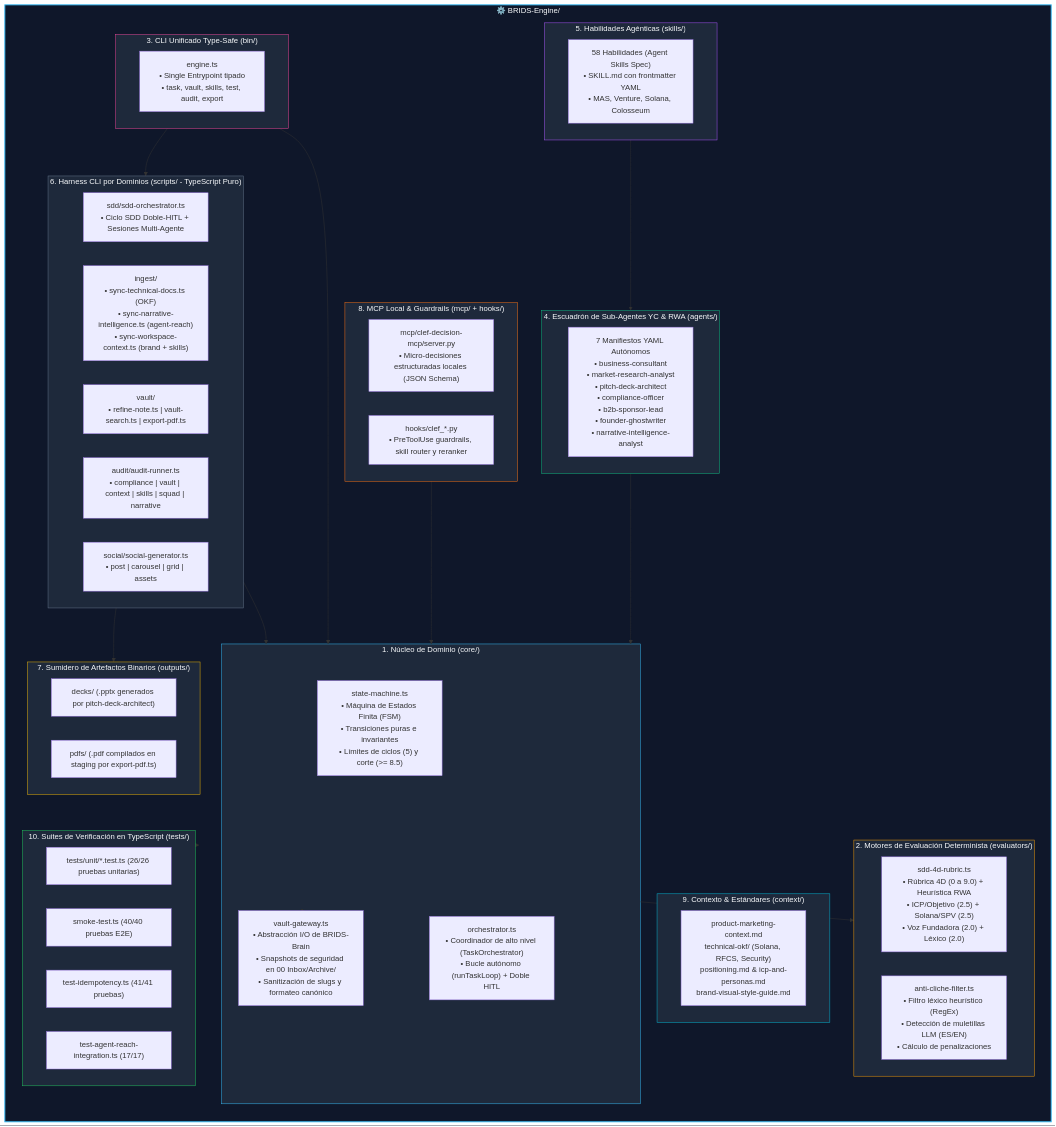
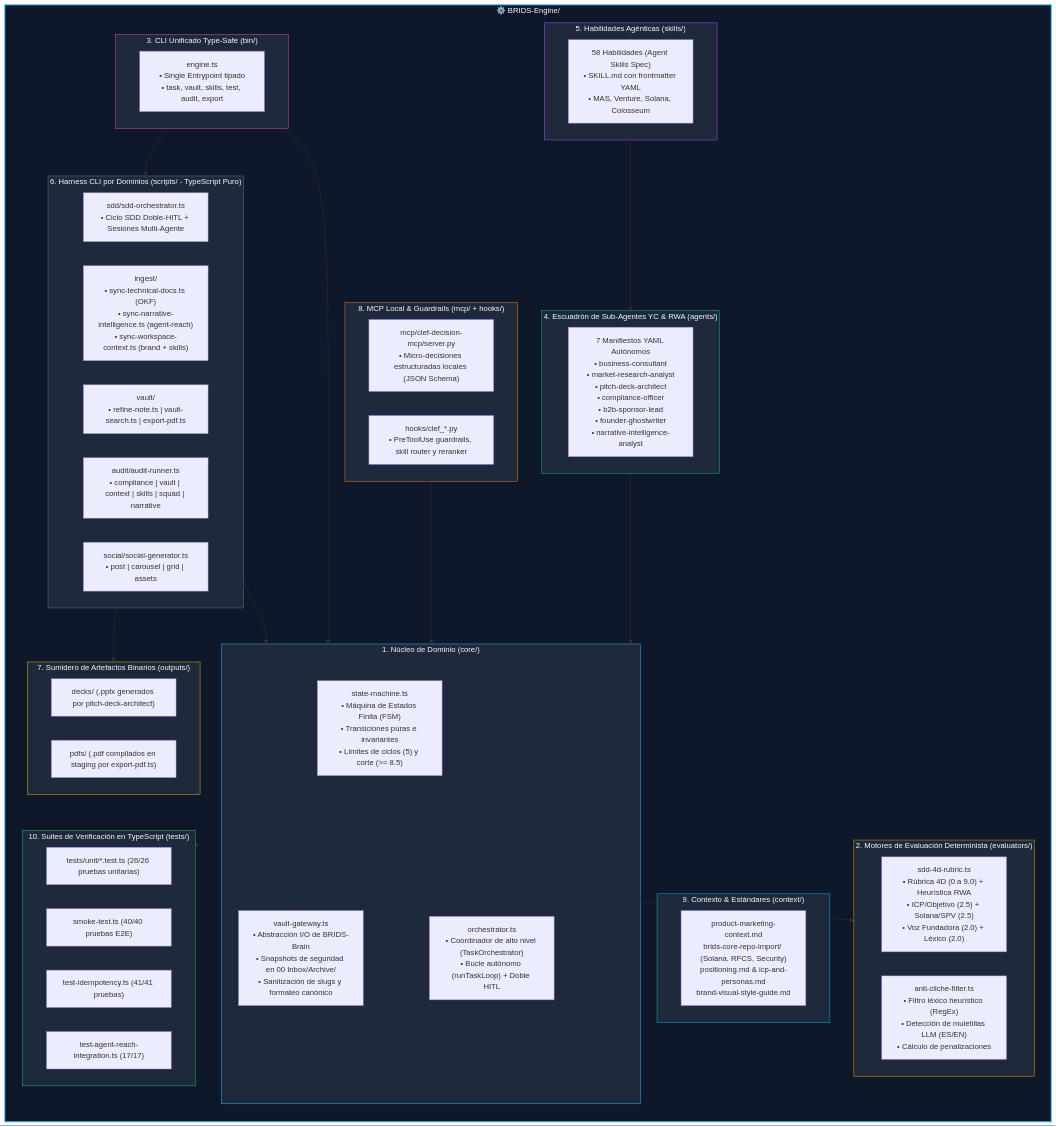
One commit to jeisonsosablockdev/BRIDS-KNOWLEDGE-FORT changed the diagram in BRIDS-Engine/docs/brids_engine_arquitectura.md. Above: the diagram before and after it, drawn with Mermaid. The commit also changed 48 other files, not shown here.

First line of the commit message:
feat(sdd,ingest): integrate idempotent Clef System One 4D evaluator and sync full core repo docs

````diff
--- a/BRIDS-Engine/docs/brids_engine_arquitectura.md
+++ b/BRIDS-Engine/docs/brids_engine_arquitectura.md
@@ -26,81 +26,81 @@
 ```mermaid
 flowchart TB
     subgraph BRIDSEngine["⚙️ BRIDS-Engine/"]
         direction TB
 
         subgraph CoreLayer["1. Núcleo de Dominio (core/)"]
             SM["state-machine.ts<br/>• Máquina de Estados Finita (FSM)<br/>• Transiciones puras e invariantes<br/>• Límites de ciclos (5) y corte (>= 8.5)"]
             ORCH["orchestrator.ts<br/>• Coordinador de alto nivel (TaskOrchestrator)<br/>• Bucle autónomo (runTaskLoop) + Doble HITL"]
             GW["vault-gateway.ts<br/>• Abstracción I/O de BRIDS-Brain<br/>• Snapshots de seguridad en 00 Inbox/Archive/<br/>• Sanitización de slugs y formateo canónico"]
         end
 
         subgraph EvalLayer["2. Motores de Evaluación Determinista (evaluators/)"]
             RUBRIC["sdd-4d-rubric.ts<br/>• Rúbrica 4D (0 a 9.0) + Heurística RWA<br/>• ICP/Objetivo (2.5) + Solana/SPV (2.5)<br/>• Voz Fundadora (2.0) + Léxico (2.0)"]
             CLICHE["anti-cliche-filter.ts<br/>• Filtro léxico heurístico (RegEx)<br/>• Detección de muletillas LLM (ES/EN)<br/>• Cálculo de penalizaciones"]
         end
 
         subgraph BinLayer["3. CLI Unificado Type-Safe (bin/)"]
             CLI_BIN["engine.ts<br/>• Single Entrypoint tipado<br/>• task, vault, skills, test, audit, export"]
         end
 
         subgraph AgentsLayer["4. Escuadrón de Sub-Agentes YC & RWA (agents/)"]
             AG_YAML["7 Manifiestos YAML Autónomos<br/>• business-consultant<br/>• market-research-analyst<br/>• pitch-deck-architect<br/>• compliance-officer<br/>• b2b-sponsor-lead<br/>• founder-ghostwriter<br/>• narrative-intelligence-analyst"]
         end
 
         subgraph SkillsLayer["5. Habilidades Agénticas (skills/)"]
             SKILLS["58 Habilidades (Agent Skills Spec)<br/>• SKILL.md con frontmatter YAML<br/>• MAS, Venture, Solana, Colosseum"]
         end
 
         subgraph ScriptLayer["6. Harness CLI por Dominios (scripts/ - TypeScript Puro)"]
             CLI_SDD["sdd/sdd-orchestrator.ts<br/>• Ciclo SDD Doble-HITL + Sesiones Multi-Agente"]
             CLI_INGEST["ingest/<br/>• sync-technical-docs.ts (OKF)<br/>• sync-narrative-intelligence.ts (agent-reach)<br/>• sync-workspace-context.ts (brand + skills)"]
             CLI_VAULT["vault/<br/>• refine-note.ts | vault-search.ts | export-pdf.ts"]
             CLI_AUDIT["audit/audit-runner.ts<br/>• compliance | vault | context | skills | squad | narrative"]
             CLI_SOCIAL["social/social-generator.ts<br/>• post | carousel | grid | assets"]
         end
 
         subgraph OutputsLayer["7. Sumidero de Artefactos Binarios (outputs/)"]
             OUT_DECKS["decks/ (.pptx generados por pitch-deck-architect)"]
             OUT_PDFS["pdfs/ (.pdf compilados en staging por export-pdf.ts)"]
         end
 
         subgraph McpHooksLayer["8. MCP Local & Guardrails (mcp/ + hooks/)"]
             CLEF_MCP["mcp/clef-decision-mcp/server.py<br/>• Micro-decisiones estructuradas locales (JSON Schema)"]
             CLEF_HOOKS["hooks/clef_*.py<br/>• PreToolUse guardrails, skill router y reranker"]
         end
 
         subgraph ContextLayer["9. Contexto & Estándares (context/)"]
-            CTX["product-marketing-context.md<br/>technical-okf/ (Solana, RFCS, Security)<br/>positioning.md & icp-and-personas.md<br/>brand-visual-style-guide.md"]
+            CTX["product-marketing-context.md<br/>brids-core-repo-import/ (Solana, RFCS, Security)<br/>positioning.md & icp-and-personas.md<br/>brand-visual-style-guide.md"]
         end
 
         subgraph TestLayer["10. Suites de Verificación en TypeScript (tests/)"]
             UNIT["tests/unit/*.test.ts (26/26 pruebas unitarias)"]
             SMOKE["smoke-test.ts (40/40 pruebas E2E)"]
             IDEMP["test-idempotency.ts (41/41 pruebas)"]
             REACH["test-agent-reach-integration.ts (17/17)"]
         end
     end
 
     BinLayer --> CoreLayer
     BinLayer --> ScriptLayer
     ScriptLayer --> CoreLayer
     CoreLayer --> EvalLayer
     CoreLayer --> GW
     ScriptLayer --> OutputsLayer
     AgentsLayer --> CoreLayer
     SkillsLayer --> AgentsLayer
     McpHooksLayer --> CoreLayer
     TestLayer --> BRIDSEngine
 
     style BRIDSEngine fill:#0f172a,stroke:#38bdf8,stroke-width:2px,color:#f8fafc
     style CoreLayer fill:#1e293b,stroke:#38bdf8,color:#f8fafc
     style EvalLayer fill:#1e293b,stroke:#f59e0b,color:#f8fafc
     style BinLayer fill:#1e293b,stroke:#ec4899,color:#f8fafc
     style AgentsLayer fill:#1e293b,stroke:#10b981,color:#f8fafc
     style SkillsLayer fill:#1e293b,stroke:#a855f7,color:#f8fafc
     style ScriptLayer fill:#1e293b,stroke:#64748b,color:#f8fafc
     style OutputsLayer fill:#1e293b,stroke:#eab308,color:#f8fafc
     style McpHooksLayer fill:#1e293b,stroke:#f97316,color:#f8fafc
     style ContextLayer fill:#1e293b,stroke:#06b6d4,color:#f8fafc
     style TestLayer fill:#1e293b,stroke:#22c55e,color:#f8fafc
 ```
````
